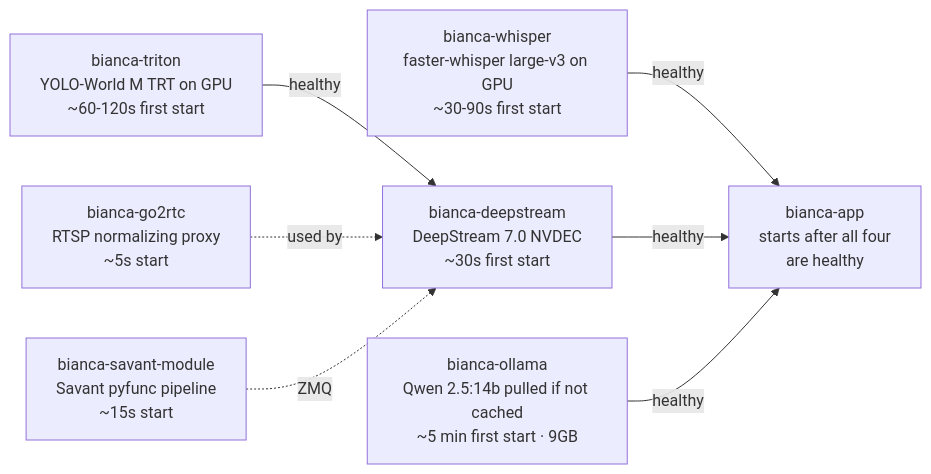
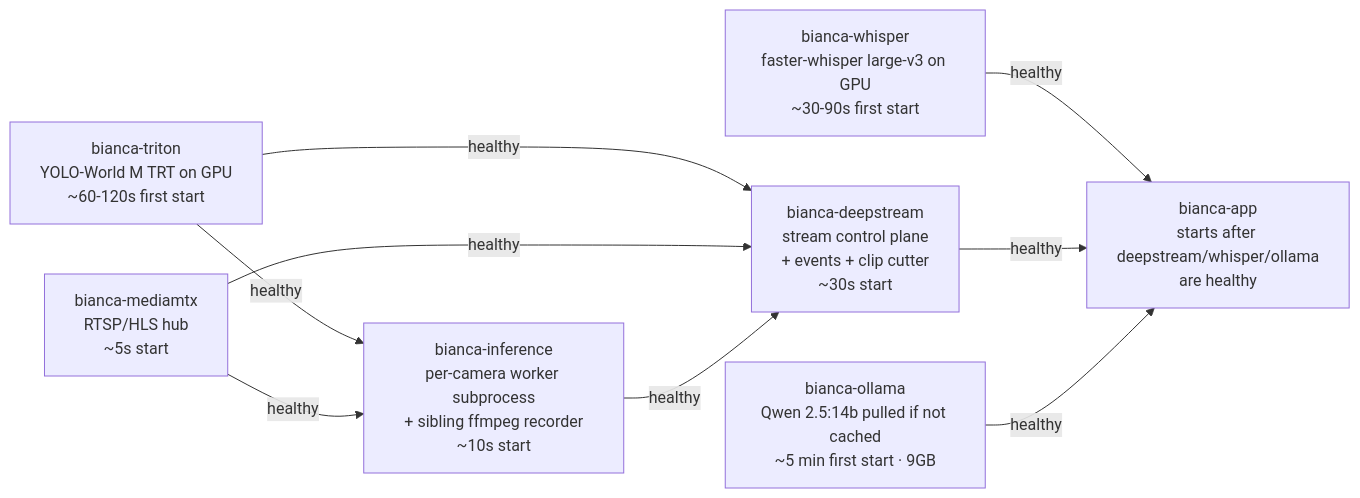
Before and after one commit to jasvinder-builder/family-assistant: the second of 2 diagrams in README.md, drawn with Mermaid. The commit also changed other lines of this file and 17 other files, not shown here.

````diff
--- a/README.md
+++ b/README.md
@@ -134,17 +134,19 @@
 ```mermaid
 flowchart LR
-    G["bianca-go2rtc\nRTSP normalizing proxy\n~5s start"]
     W["bianca-whisper\nfaster-whisper large-v3 on GPU\n~30-90s first start"]
     T["bianca-triton\nYOLO-World M TRT on GPU\n~60-120s first start"]
-    DS["bianca-deepstream\nDeepStream 7.0 NVDEC\n~30s first start"]
-    SM["bianca-savant-module\nSavant pyfunc pipeline\n~15s start"]
+    M["bianca-mediamtx\nRTSP/HLS hub\n~5s start"]
+    I["bianca-inference\nper-camera worker subprocess\n+ sibling ffmpeg recorder\n~10s start"]
+    DS["bianca-deepstream\nstream control plane\n+ events + clip cutter\n~30s start"]
     O["bianca-ollama\nQwen 2.5:14b pulled if not cached\n~5 min first start · 9GB"]
-    A["bianca-app\nstarts after all four\nare healthy"]
+    A["bianca-app\nstarts after deepstream/whisper/ollama\nare healthy"]
 
     W -->|healthy| A
+    T -->|healthy| I
     T -->|healthy| DS
+    M -->|healthy| I
+    M -->|healthy| DS
+    I -->|healthy| DS
     DS -->|healthy| A
     O -->|healthy| A
-    G -.->|used by| DS
-    SM -.->|ZMQ| DS
 ```
````
